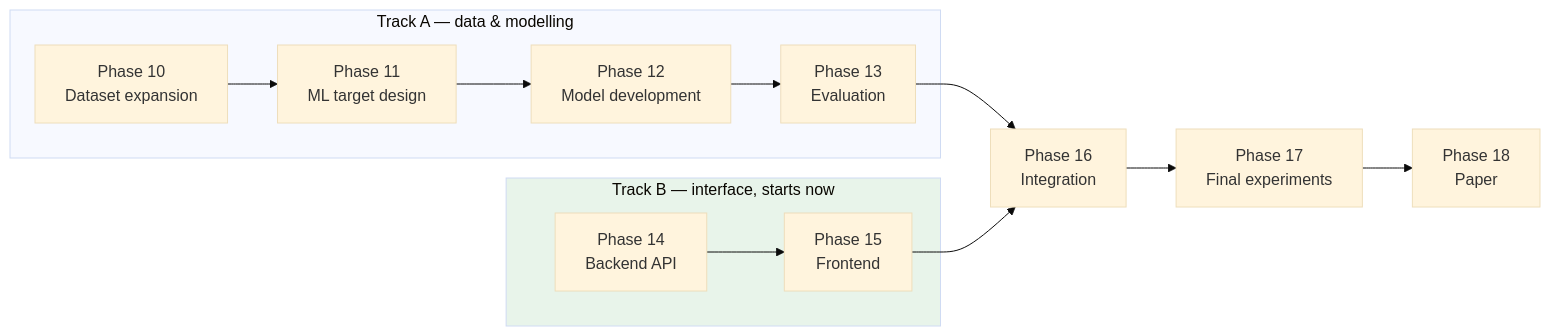
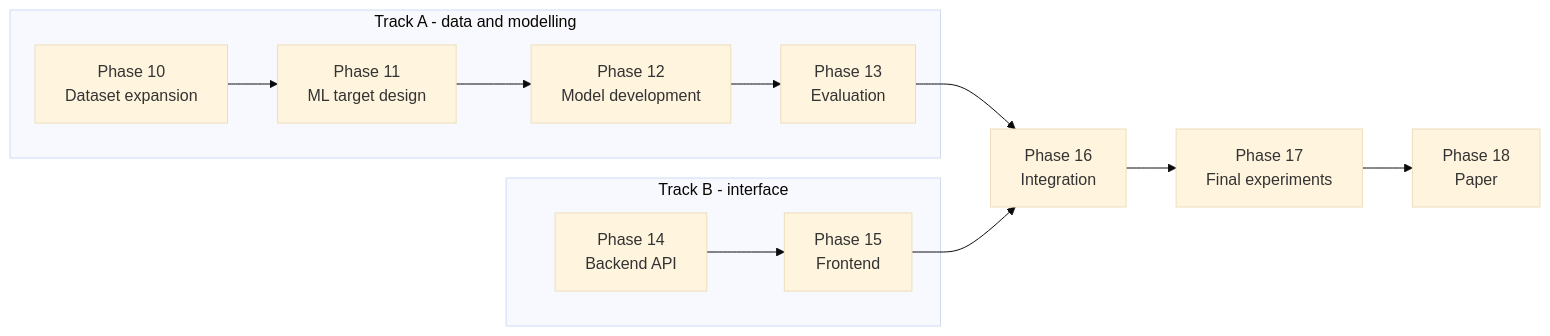
The sixth of 6 diagrams in README.md (gnanendra0305/Repository-Intelligence-Platform), drawn with Mermaid (base theme) before and after one commit. The commit also changed other lines of this file, not shown here.

````diff
--- a/README.md
+++ b/README.md
@@ -892,17 +691,15 @@
 ```mermaid
 flowchart LR
-    subgraph A["Track A — data & modelling"]
+    subgraph A["Track A - data and modelling"]
         P10[Phase 10<br/>Dataset expansion] --> P11[Phase 11<br/>ML target design]
         P11 --> P12[Phase 12<br/>Model development]
         P12 --> P13[Phase 13<br/>Evaluation]
     end
-    subgraph B["Track B — interface, starts now"]
+    subgraph B["Track B - interface"]
         P14[Phase 14<br/>Backend API] --> P15[Phase 15<br/>Frontend]
     end
     P13 --> P16[Phase 16<br/>Integration]
     P15 --> P16
     P16 --> P17[Phase 17<br/>Final experiments]
     P17 --> P18[Phase 18<br/>Paper]
-
-    style B fill:#e8f4ea
 ```
````
